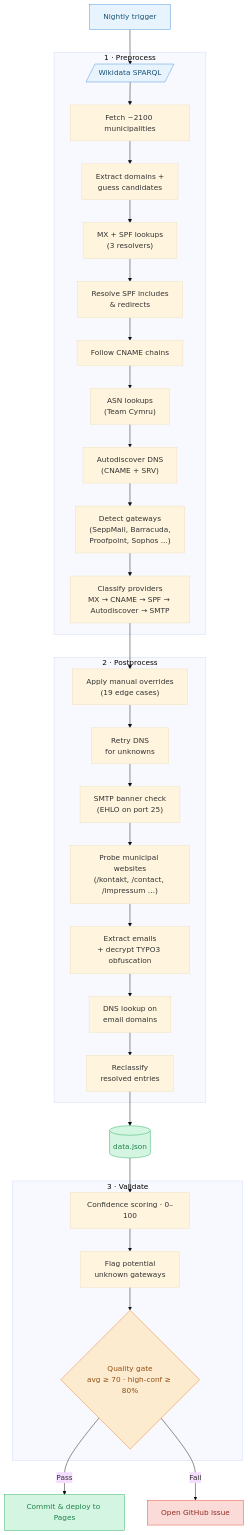
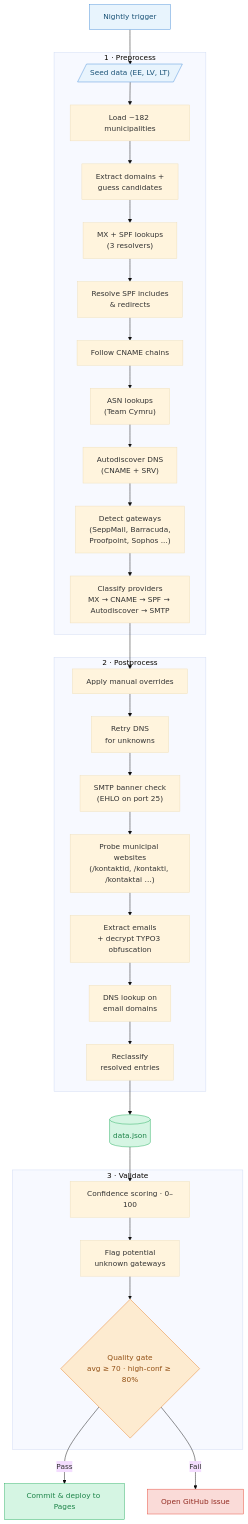
One commit to KimTholstorf/mxmap-dk changed the diagram in README.md. Above: the diagram before and after it, drawn with Mermaid (base theme). The commit also changed other lines of this file and 1 other file, not shown here.

````diff
--- a/README.md
+++ b/README.md
@@ -20,45 +19,45 @@
 ```mermaid
 flowchart TD
-    trigger["Nightly trigger"] --> wikidata
+    trigger["Nightly trigger"] --> seed
 
     subgraph pre ["1 · Preprocess"]
-        wikidata[/"Wikidata SPARQL"/] --> fetch["Fetch ~2100 municipalities"]
+        seed[/"Seed data (EE, LV, LT)"/] --> fetch["Load ~182 municipalities"]
         fetch --> domains["Extract domains +<br/>guess candidates"]
         domains --> dns["MX + SPF lookups<br/>(3 resolvers)"]
         dns --> spf_resolve["Resolve SPF includes<br/>& redirects"]
         spf_resolve --> cname["Follow CNAME chains"]
         cname --> asn["ASN lookups<br/>(Team Cymru)"]
         asn --> autodiscover["Autodiscover DNS<br/>(CNAME + SRV)"]
         autodiscover --> gateway["Detect gateways<br/>(SeppMail, Barracuda,<br/>Proofpoint, Sophos ...)"]
         gateway --> classify["Classify providers<br/>MX → CNAME → SPF → Autodiscover → SMTP"]
     end
 
     classify --> overrides
 
     subgraph post ["2 · Postprocess"]
-        overrides["Apply manual overrides<br/>(19 edge cases)"] --> retry["Retry DNS<br/>for unknowns"]
+        overrides["Apply manual overrides"] --> retry["Retry DNS<br/>for unknowns"]
         retry --> smtp["SMTP banner check<br/>(EHLO on port 25)"]
-        smtp --> scrape_urls["Probe municipal websites<br/>(/kontakt, /contact, /impressum …)"]
+        smtp --> scrape_urls["Probe municipal websites<br/>(/kontaktid, /kontakti, /kontaktai …)"]
         scrape_urls --> extract["Extract emails<br/>+ decrypt TYPO3 obfuscation"]
         extract --> scrape_dns["DNS lookup on<br/>email domains"]
         scrape_dns --> reclassify["Reclassify<br/>resolved entries"]
     end
 
     reclassify --> data[("data.json")]
     data --> score
 
     subgraph val ["3 · Validate"]
         score["Confidence scoring · 0–100"] --> gwarn["Flag potential<br/>unknown gateways"]
         gwarn --> gate{"Quality gate<br/>avg ≥ 70 · high-conf ≥ 80%"}
     end
 
     gate -- "Pass" --> deploy["Commit & deploy to Pages"]
     gate -- "Fail" --> issue["Open GitHub issue"]
 
     style trigger fill:#e8f4fd,stroke:#4a90d9,color:#1a5276
-    style wikidata fill:#e8f4fd,stroke:#4a90d9,color:#1a5276
+    style seed fill:#e8f4fd,stroke:#4a90d9,color:#1a5276
     style data fill:#d5f5e3,stroke:#27ae60,color:#1e8449
     style deploy fill:#d5f5e3,stroke:#27ae60,color:#1e8449
     style issue fill:#fadbd8,stroke:#e74c3c,color:#922b21
     style gate fill:#fdebd0,stroke:#e67e22,color:#935116
 ```
````
